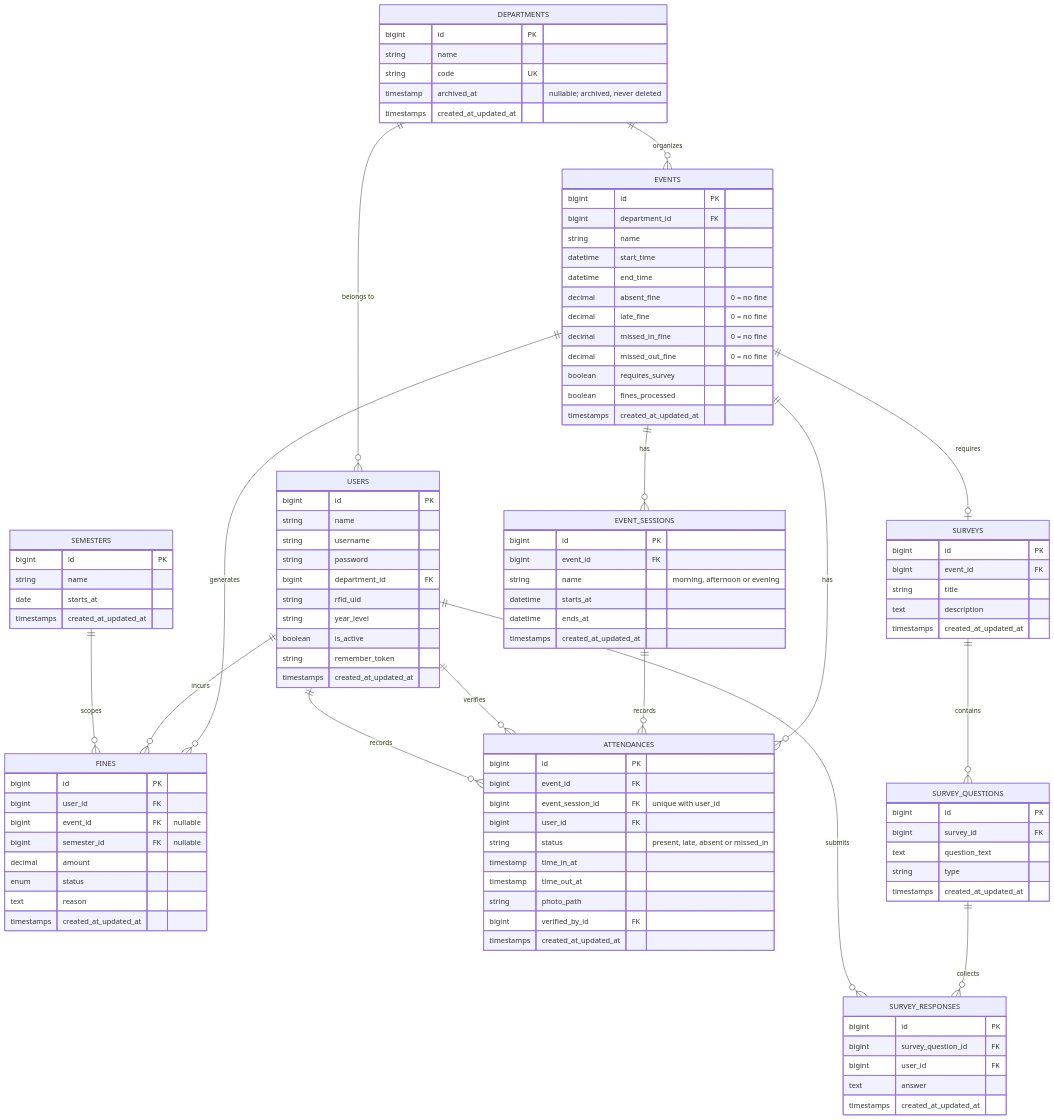
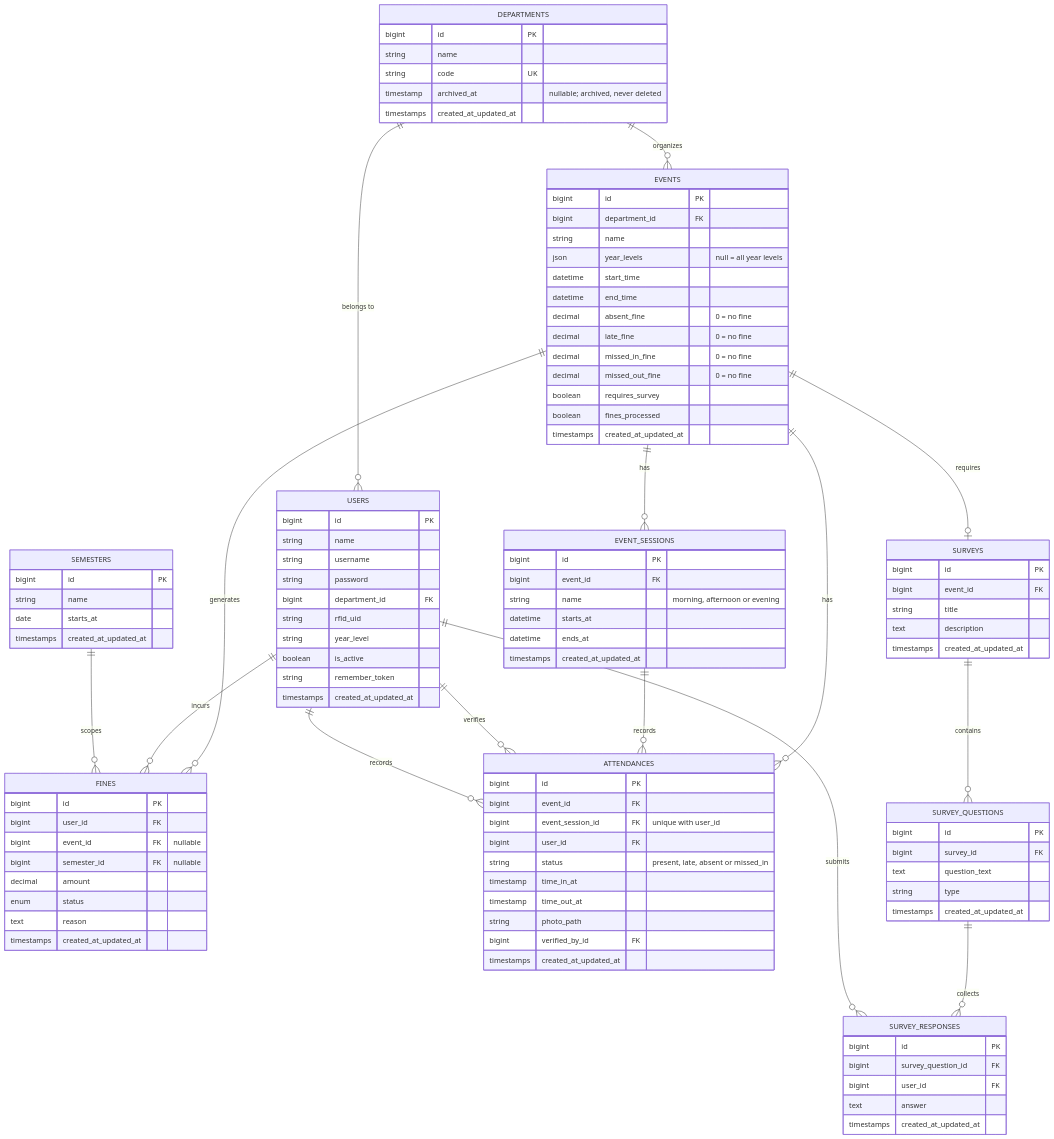
One commit to Burrento/ClearTrack changed the diagram in docs/database-erd.mmd. Above: the diagram before and after it, drawn with Mermaid. The commit also changed 13 other files, not shown here.

First line of the commit message:
Events can be for specific year levels only

```diff
--- a/docs/database-erd.mmd
+++ b/docs/database-erd.mmd
@@ -1,115 +1,116 @@
 erDiagram
     DEPARTMENTS ||--o{ USERS : "belongs to"
     DEPARTMENTS ||--o{ EVENTS : "organizes"
     SEMESTERS ||--o{ FINES : "scopes"
     USERS ||--o{ ATTENDANCES : "records"
     USERS ||--o{ FINES : "incurs"
     USERS ||--o{ SURVEY_RESPONSES : "submits"
     USERS ||--o{ ATTENDANCES : "verifies"
     EVENTS ||--o{ EVENT_SESSIONS : "has"
     EVENT_SESSIONS ||--o{ ATTENDANCES : "records"
     EVENTS ||--o{ ATTENDANCES : "has"
     EVENTS ||--o{ FINES : "generates"
     EVENTS ||--o| SURVEYS : "requires"
     SURVEYS ||--o{ SURVEY_QUESTIONS : "contains"
     SURVEY_QUESTIONS ||--o{ SURVEY_RESPONSES : "collects"
 
     USERS {
         bigint id PK
         string name
         string username
         string password
         bigint department_id FK
         string rfid_uid
         string year_level
         boolean is_active
         string remember_token
         timestamps created_at_updated_at
     }
 
     DEPARTMENTS {
         bigint id PK
         string name
         string code UK
         timestamp archived_at "nullable; archived, never deleted"
         timestamps created_at_updated_at
     }
 
     EVENTS {
         bigint id PK
         bigint department_id FK
         string name
+        json year_levels "null = all year levels"
         datetime start_time
         datetime end_time
         decimal absent_fine "0 = no fine"
         decimal late_fine "0 = no fine"
         decimal missed_in_fine "0 = no fine"
         decimal missed_out_fine "0 = no fine"
         boolean requires_survey
         boolean fines_processed
         timestamps created_at_updated_at
     }
 
     ATTENDANCES {
         bigint id PK
         bigint event_id FK
         bigint event_session_id FK "unique with user_id"
         bigint user_id FK
         string status "present, late, absent or missed_in"
         timestamp time_in_at
         timestamp time_out_at
         string photo_path
         bigint verified_by_id FK
         timestamps created_at_updated_at
     }
 
     EVENT_SESSIONS {
         bigint id PK
         bigint event_id FK
         string name "morning, afternoon or evening"
         datetime starts_at
         datetime ends_at
         timestamps created_at_updated_at
     }
 
     FINES {
         bigint id PK
         bigint user_id FK
         bigint event_id FK "nullable"
         bigint semester_id FK "nullable"
         decimal amount
         enum status
         text reason
         timestamps created_at_updated_at
     }
 
     SEMESTERS {
         bigint id PK
         string name
         date starts_at
         timestamps created_at_updated_at
     }
 
     SURVEYS {
         bigint id PK
         bigint event_id FK
         string title
         text description
         timestamps created_at_updated_at
     }
 
     SURVEY_QUESTIONS {
         bigint id PK
         bigint survey_id FK
         text question_text
         string type
         timestamps created_at_updated_at
     }
 
     SURVEY_RESPONSES {
         bigint id PK
         bigint survey_question_id FK
         bigint user_id FK
         text answer
         timestamps created_at_updated_at
     }
```
